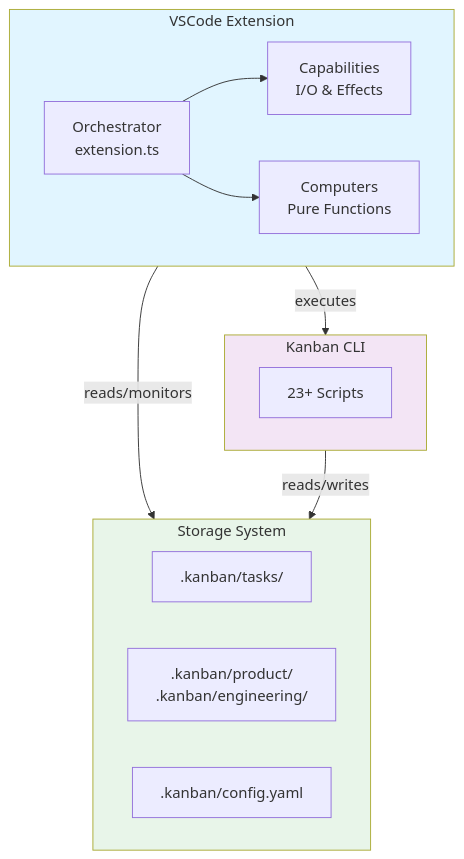
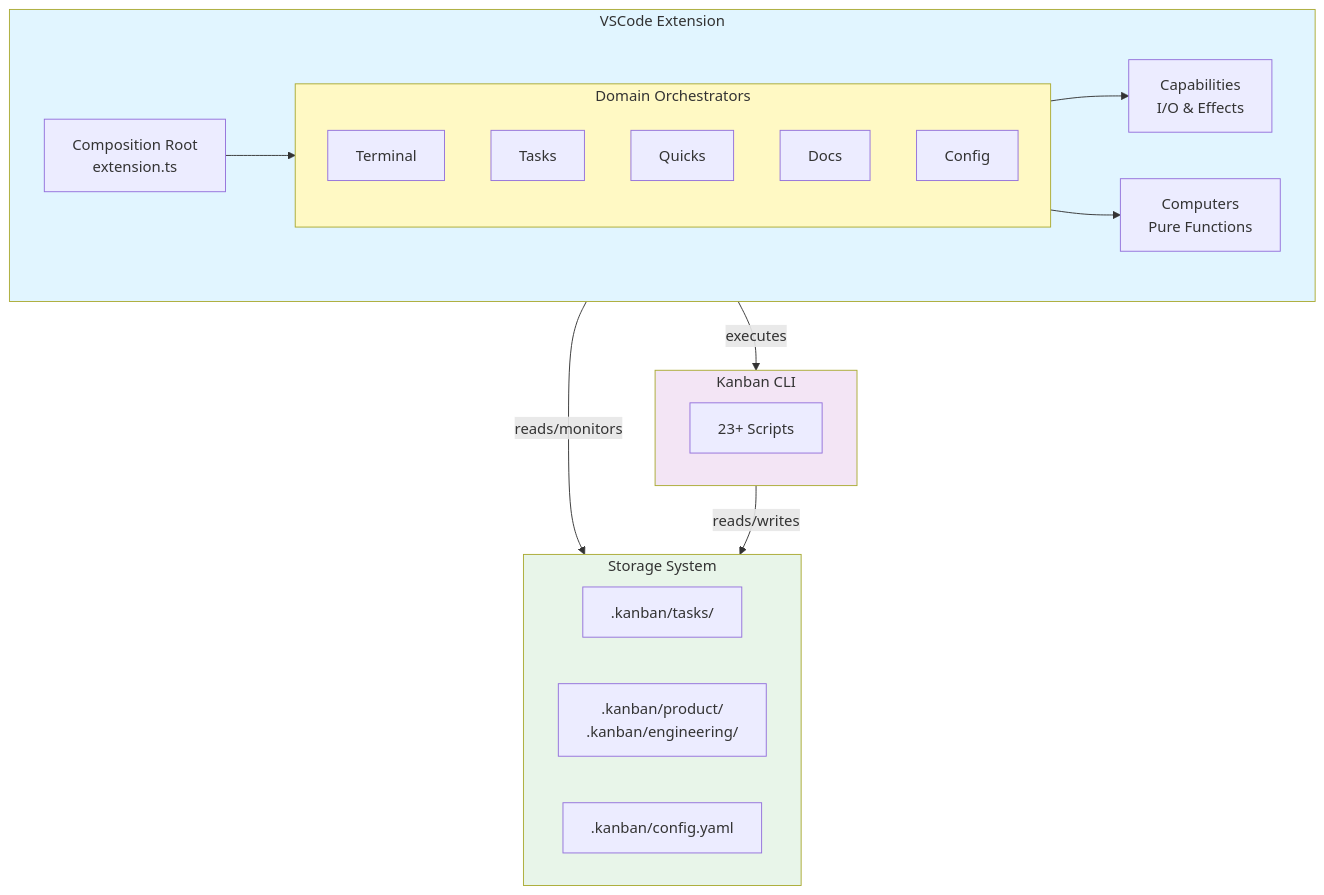
One commit to mattfletcher94/festinalente changed the diagram in .kanban/engineering/overview.md. Above: the diagram before and after it, drawn with Mermaid. The commit also changed other lines of this file and 3 other files, not shown here.

````diff
--- a/.kanban/engineering/overview.md
+++ b/.kanban/engineering/overview.md
@@ -43,28 +43,37 @@
 ```mermaid
 graph TB
     subgraph VSCode["VSCode Extension"]
-        Orch["Orchestrator<br/>extension.ts"]
+        CR["Composition Root<br/>extension.ts"]
+        subgraph Orchestrators["Domain Orchestrators"]
+            TO["Terminal"]
+            TKO["Tasks"]
+            QO["Quicks"]
+            DO["Docs"]
+            CO["Config"]
+        end
         Cap["Capabilities<br/>I/O & Effects"]
         Comp["Computers<br/>Pure Functions"]
     end
 
     subgraph CLI["Kanban CLI"]
         Scripts["23+ Scripts"]
     end
 
     subgraph Storage["Storage System"]
         Tasks[".kanban/tasks/"]
         Docs[".kanban/product/<br/>.kanban/engineering/"]
         Config[".kanban/config.yaml"]
     end
 
     VSCode -->|executes| CLI
     VSCode -->|reads/monitors| Storage
     CLI -->|reads/writes| Storage
-    Orch --> Cap
-    Orch --> Comp
+    CR --> Orchestrators
+    Orchestrators --> Cap
+    Orchestrators --> Comp
 
     style VSCode fill:#e1f5ff
+    style Orchestrators fill:#fff9c4
     style CLI fill:#f3e5f5
     style Storage fill:#e8f5e9
 ```
````
